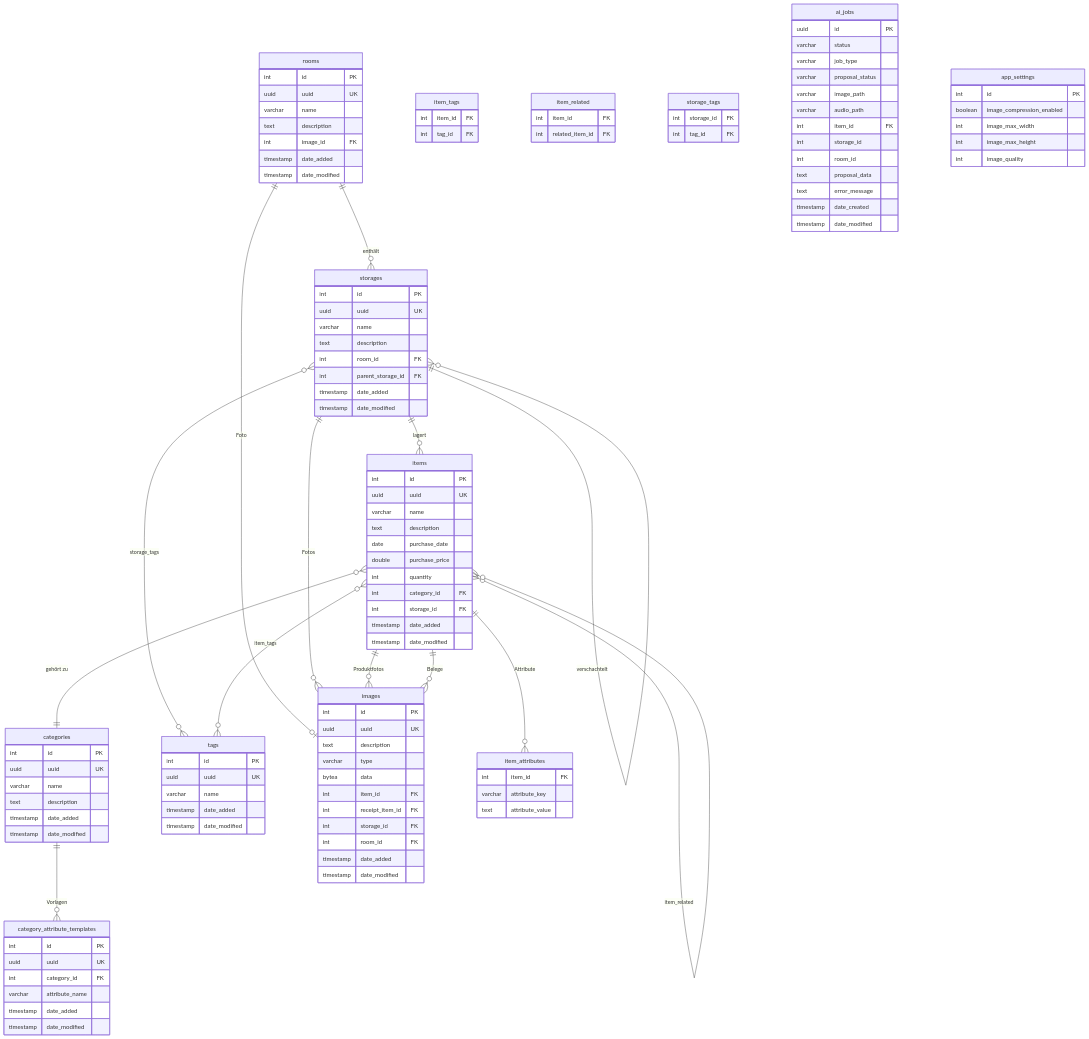
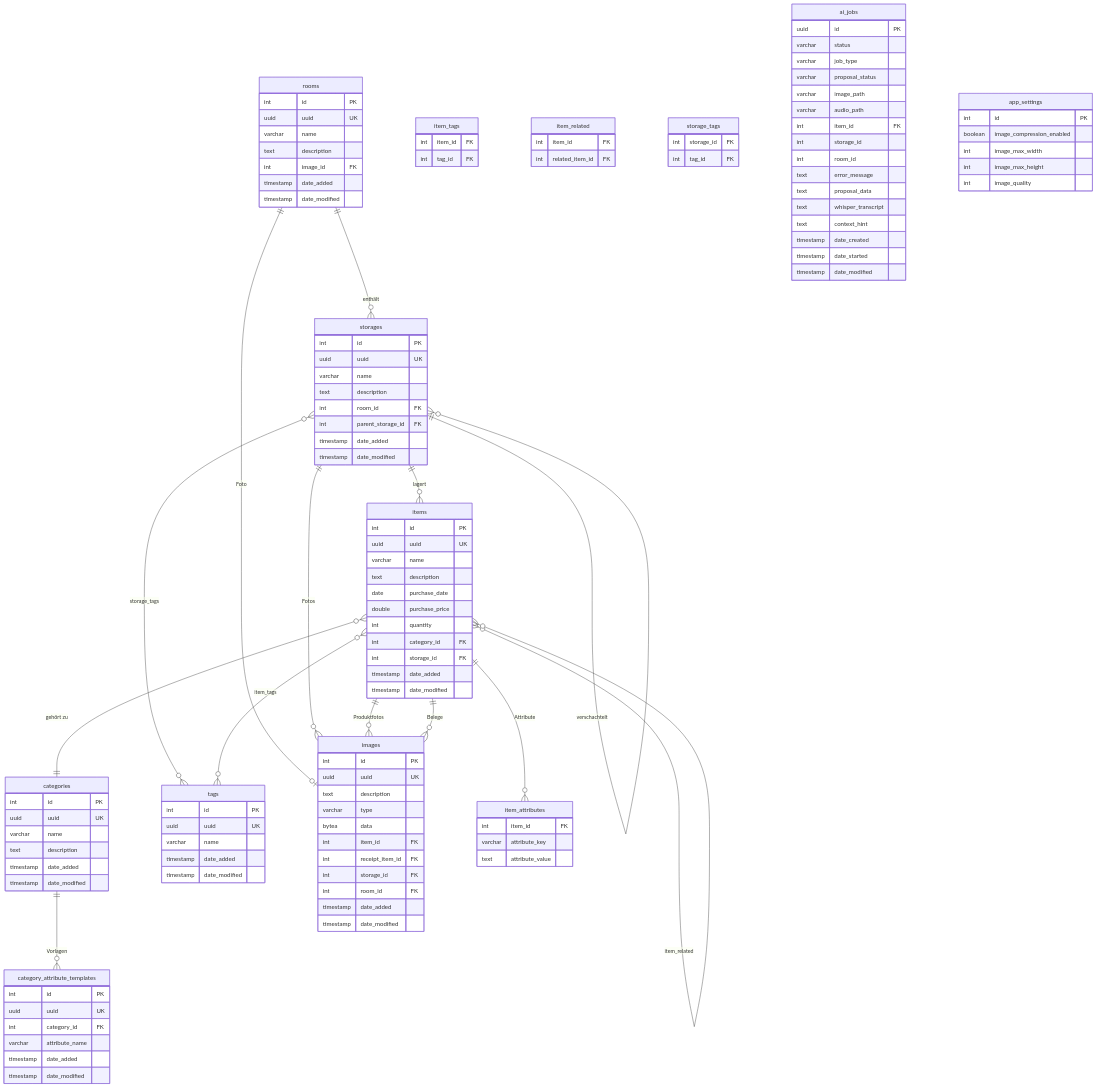
Before and after one commit to a-i-ks/kistogramm: the first of 3 diagrams in README.md, drawn with Mermaid. The commit also changed other lines of this file and 16 other files, not shown here.

```diff
--- a/README.md
+++ b/README.md
@@ -192,9 +206,12 @@
         int item_id FK
         int storage_id
         int room_id
+        text error_message
         text proposal_data
-        text error_message
+        text whisper_transcript
+        text context_hint
         timestamp date_created
+        timestamp date_started
         timestamp date_modified
     }
 
```
